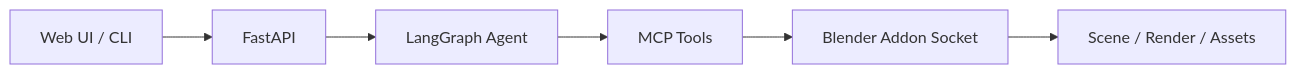
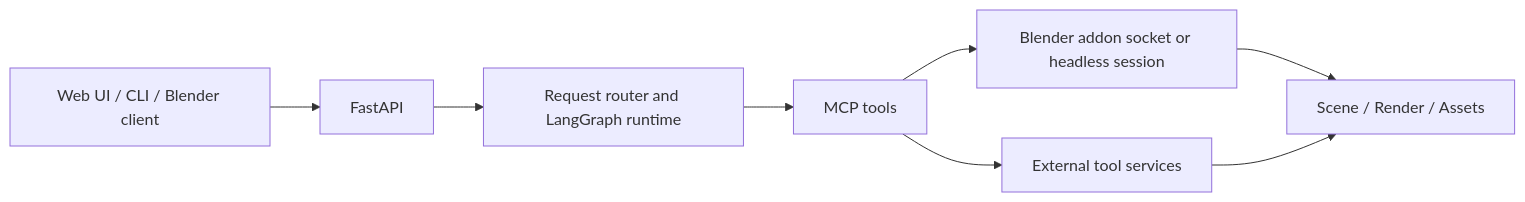
Before and after one commit to 3DSceneAgent/Vibe3DScene: the diagram in README.md, drawn with Mermaid. The commit also changed other lines of this file and 4 other files, not shown here.

````diff
--- a/README.md
+++ b/README.md
@@ -48,8 +50,10 @@
 ```mermaid
 flowchart LR
-    U[Web UI / CLI] --> API[FastAPI]
-    API --> AG[LangGraph Agent]
-    AG --> MCP[MCP Tools]
-    MCP --> B[Blender Addon Socket]
-    B --> OUT[Scene / Render / Assets]
+    U[Web UI / CLI / Blender client] --> API[FastAPI]
+    API --> ROUTER[Request router and LangGraph runtime]
+    ROUTER --> MCP[MCP tools]
+    MCP --> BLENDER[Blender addon socket or headless session]
+    MCP --> TOOLS[External tool services]
+    BLENDER --> OUT[Scene / Render / Assets]
+    TOOLS --> OUT
 ```
````
